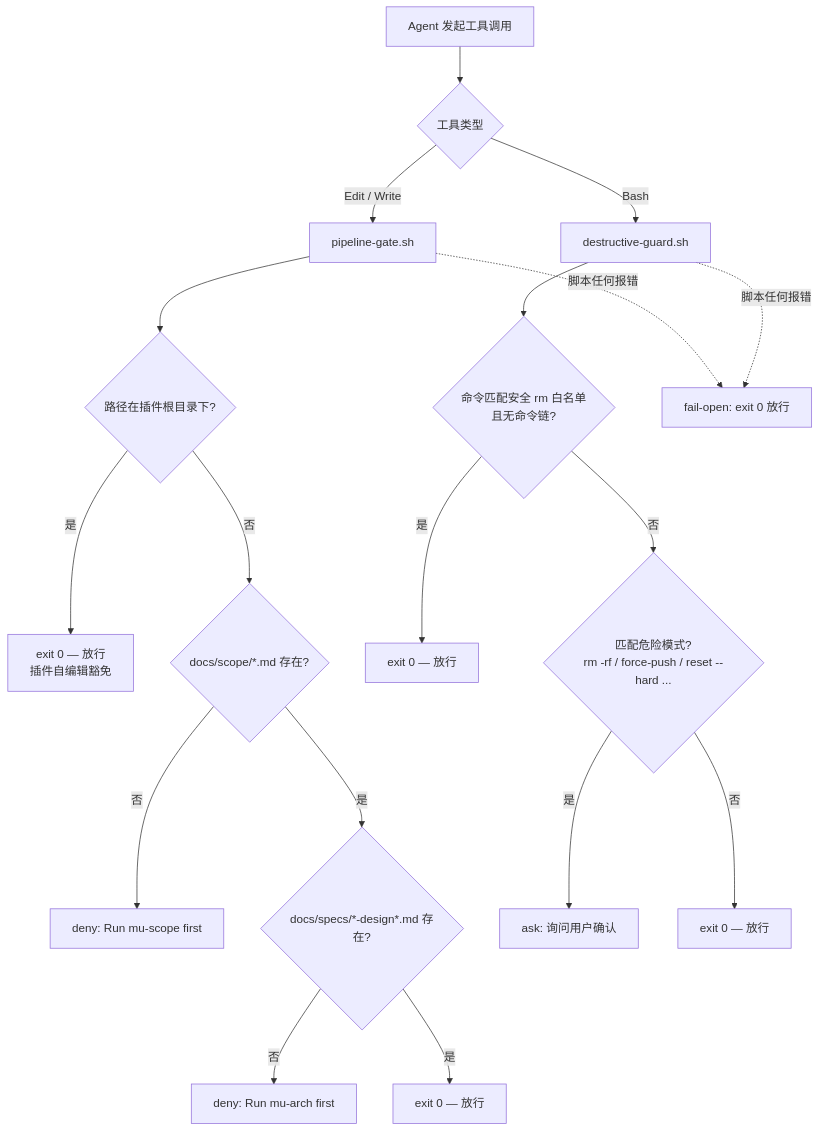
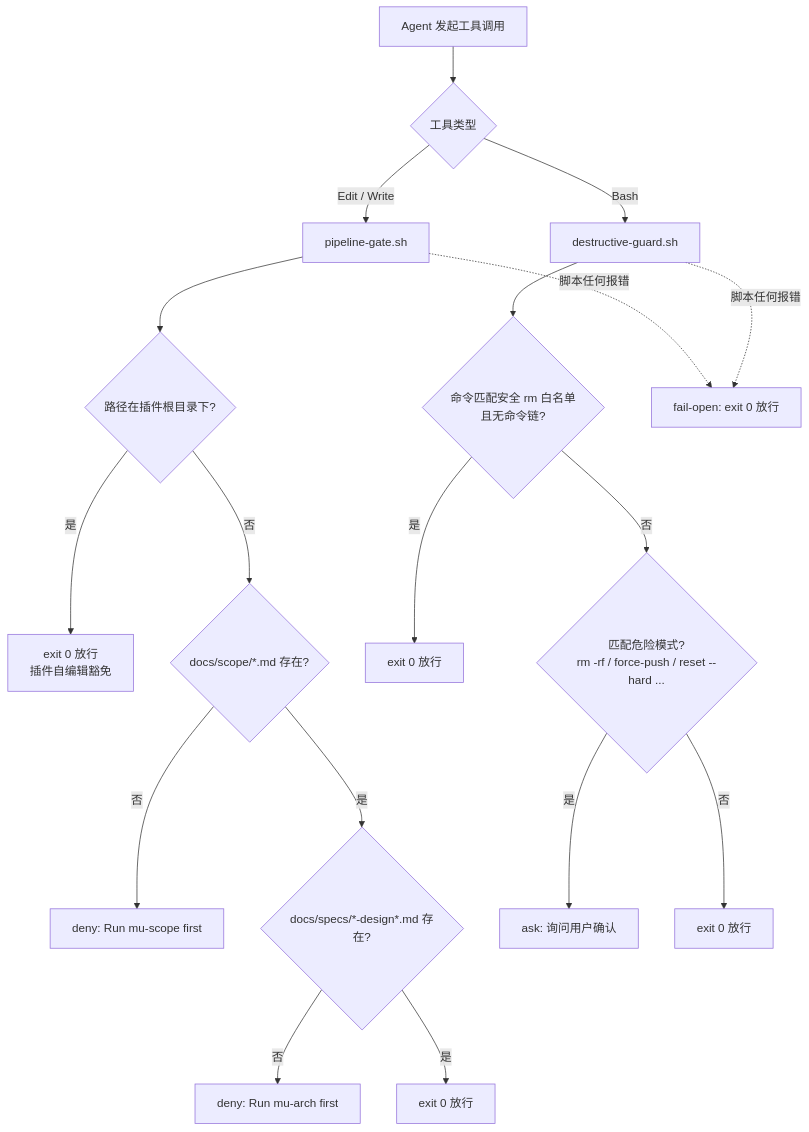
One commit to knotmark-ai/devmuse changed the diagram in docs/wiki/hooks-and-gates.md. Above: the diagram before and after it, drawn with Mermaid. The commit also changed other lines of this file and 7 other files, not shown here.

````diff
--- a/docs/wiki/hooks-and-gates.md
+++ b/docs/wiki/hooks-and-gates.md
@@ -36,23 +36,23 @@
 ```mermaid
 graph TD
     A[Agent 发起工具调用] --> B{工具类型}
     B -->|Edit / Write| C[pipeline-gate.sh]
     B -->|Bash| D[destructive-guard.sh]
 
     C --> E{路径在插件根目录下?}
-    E -->|是| F[exit 0 — 放行<br/>插件自编辑豁免]
+    E -->|是| F[exit 0 放行<br/>插件自编辑豁免]
     E -->|否| G{docs/scope/*.md 存在?}
     G -->|否| H[deny: Run mu-scope first]
     G -->|是| I{docs/specs/*-design*.md 存在?}
     I -->|否| J[deny: Run mu-arch first]
-    I -->|是| K[exit 0 — 放行]
+    I -->|是| K[exit 0 放行]
 
     D --> L{命令匹配安全 rm 白名单<br/>且无命令链?}
-    L -->|是| M[exit 0 — 放行]
+    L -->|是| M[exit 0 放行]
     L -->|否| N{匹配危险模式?<br/>rm -rf / force-push / reset --hard ...}
     N -->|是| O[ask: 询问用户确认]
-    N -->|否| P[exit 0 — 放行]
+    N -->|否| P[exit 0 放行]
 
     C -.脚本任何报错.-> Q[fail-open: exit 0 放行]
     D -.脚本任何报错.-> Q
 ```
````
